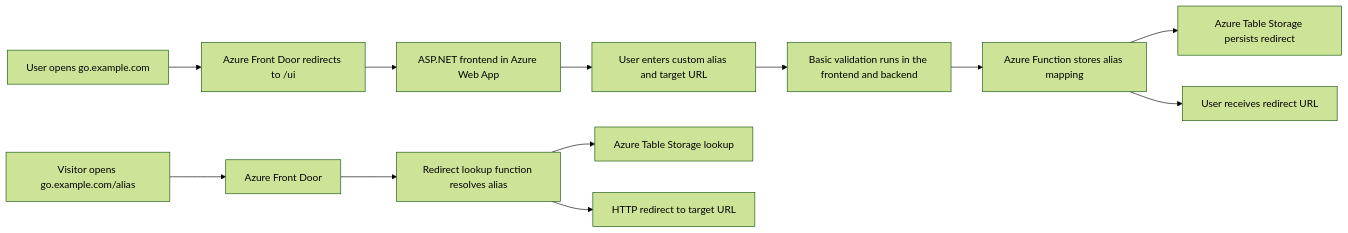
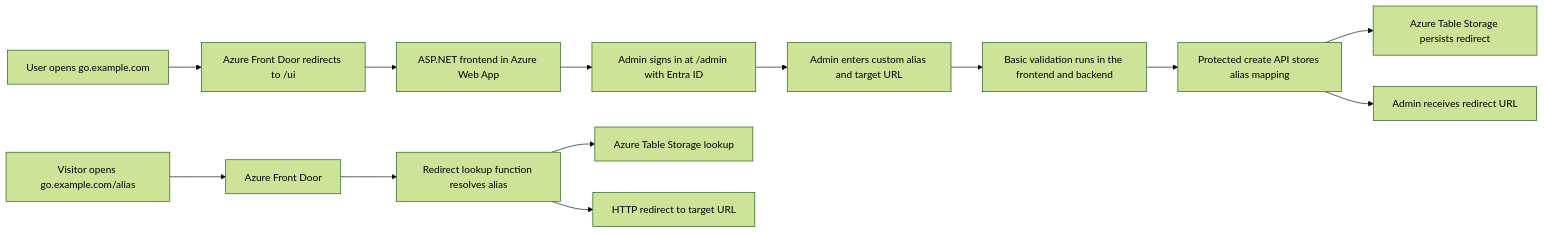
The first of 2 diagrams in README.md (RaulSebastian/url-redirect), drawn with Mermaid (forest theme) before and after one commit. The commit also changed other lines of this file and 18 other files, not shown here.

First line of the commit message:
Implement admin workspace with Entra ID authentication and authorization

````diff
--- a/README.md
+++ b/README.md
@@ -38,14 +40,15 @@
 ```mermaid
 flowchart LR
     A["User opens go.example.com"] --> B["Azure Front Door redirects to /ui"]
     B --> C["ASP.NET frontend in Azure Web App"]
-    C --> D["User enters custom alias and target URL"]
-    D --> E["Basic validation runs in the frontend and backend"]
-    E --> F["Azure Function stores alias mapping"]
-    F --> G["Azure Table Storage persists redirect"]
-    F --> H["User receives redirect URL"]
-    I["Visitor opens go.example.com/alias"] --> J["Azure Front Door"]
-    J --> K["Redirect lookup function resolves alias"]
-    K --> L["Azure Table Storage lookup"]
-    K --> M["HTTP redirect to target URL"]
+    C --> D["Admin signs in at /admin with Entra ID"]
+    D --> E["Admin enters custom alias and target URL"]
+    E --> F["Basic validation runs in the frontend and backend"]
+    F --> G["Protected create API stores alias mapping"]
+    G --> H["Azure Table Storage persists redirect"]
+    G --> I["Admin receives redirect URL"]
+    J["Visitor opens go.example.com/alias"] --> K["Azure Front Door"]
+    K --> L["Redirect lookup function resolves alias"]
+    L --> M["Azure Table Storage lookup"]
+    L --> N["HTTP redirect to target URL"]
 ```
````
